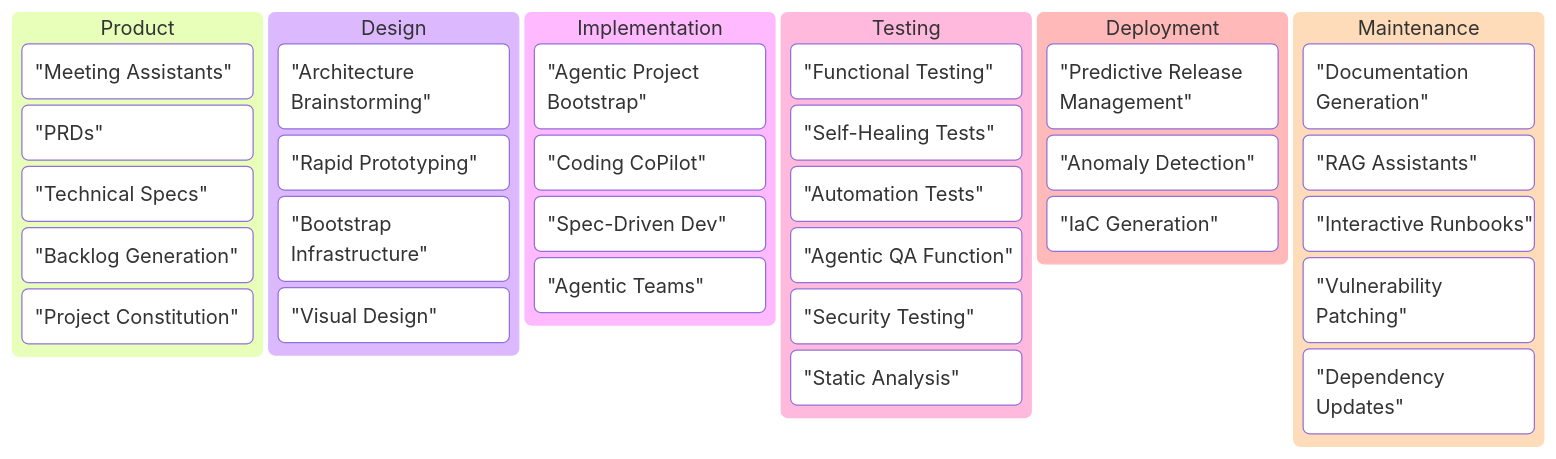
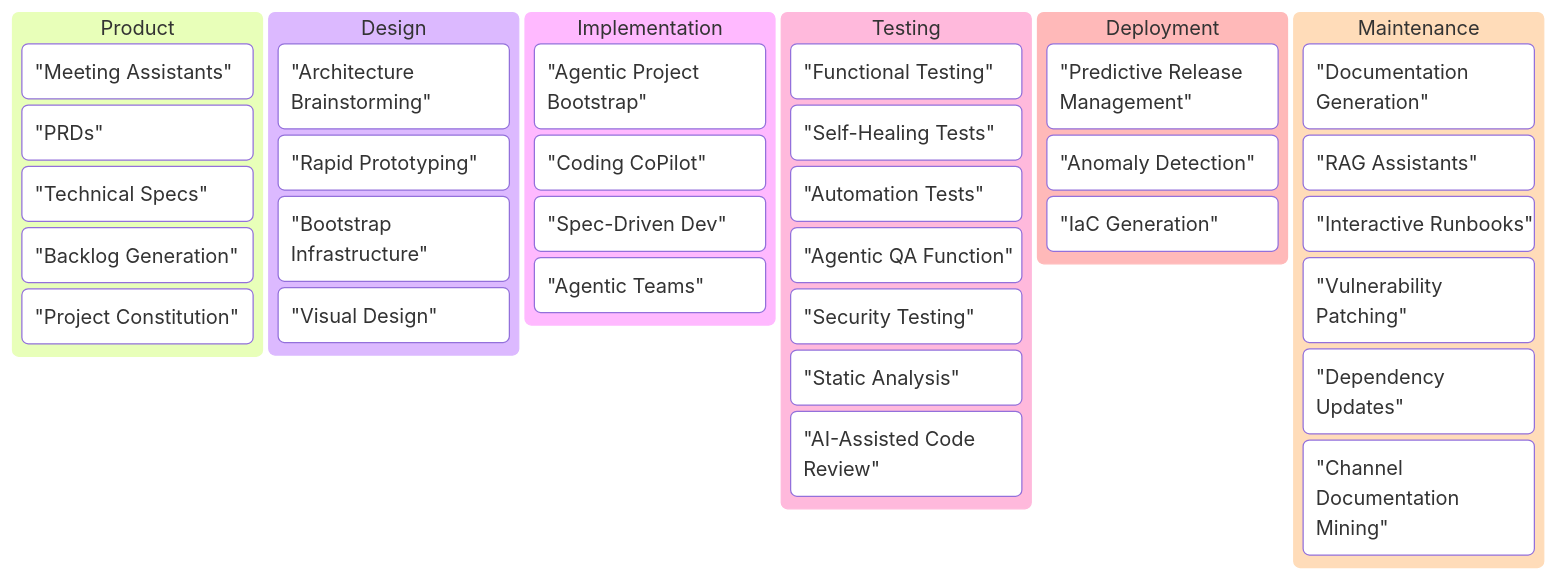
Before and after one commit to nearform/aine-ref-arch: the second of 2 diagrams in README.md, drawn with Mermaid. The commit also changed other lines of this file, not shown here.

````diff
--- a/README.md
+++ b/README.md
@@ -50,41 +50,43 @@
 ```mermaid
 kanban
   Product
     "Meeting Assistants"
     "PRDs"
     "Technical Specs"
     "Backlog Generation"
     "Project Constitution"
 
   Design
     "Architecture Brainstorming"
     "Rapid Prototyping"
     "Bootstrap Infrastructure"
     "Visual Design"
 
   Implementation
     "Agentic Project Bootstrap"
     "Coding CoPilot"
     "Spec-Driven Dev"
     "Agentic Teams"
 
   Testing
     "Functional Testing"
     "Self-Healing Tests"
     "Automation Tests"
     "Agentic QA Function"
     "Security Testing"
     "Static Analysis"
+    "AI-Assisted Code Review"
 
   Deployment
     "Predictive Release Management"
     "Anomaly Detection"
     "IaC Generation"
 
   Maintenance
     "Documentation Generation"
     "RAG Assistants"
     "Interactive Runbooks"
     "Vulnerability Patching"
     "Dependency Updates"
+    "Channel Documentation Mining"
 ```
````
